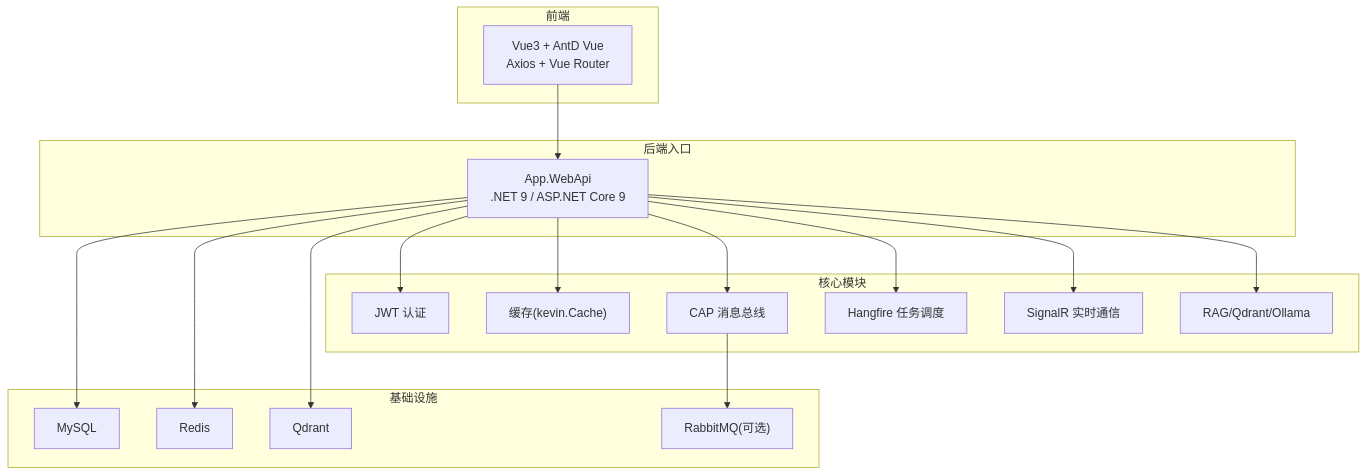
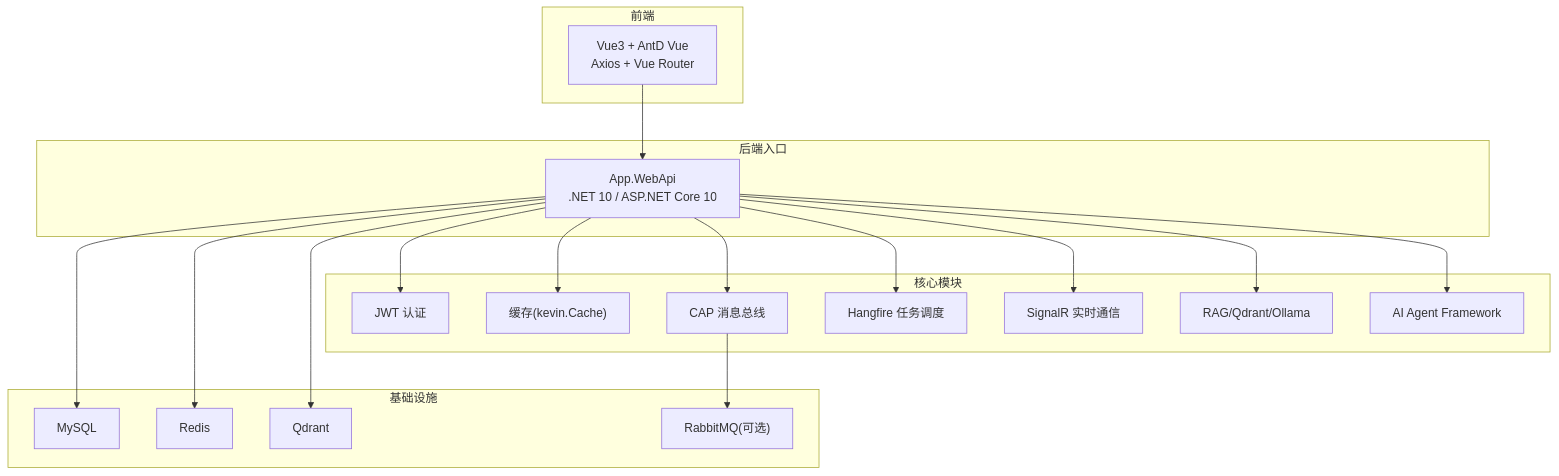
One commit to junkai-li/NetCoreKevin changed the first of 3 diagrams in .qoder/repowiki/zh/content/项目概述/技术栈概览.md. Above: the diagram before and after it, drawn with Mermaid. The commit also changed other lines of this file and 54 other files, not shown here.

````diff
--- a/.qoder/repowiki/zh/content/项目概述/技术栈概览.md
+++ b/.qoder/repowiki/zh/content/项目概述/技术栈概览.md
@@ -35,34 +47,36 @@
 ```mermaid
 graph TB
 subgraph "前端"
 FE["Vue3 + AntD Vue<br/>Axios + Vue Router"]
 end
 subgraph "后端入口"
-API["App.WebApi<br/>.NET 9 / ASP.NET Core 9"]
+API["App.WebApi<br/>.NET 10 / ASP.NET Core 10"]
 end
 subgraph "核心模块"
 AUTH["JWT 认证"]
 CACHE["缓存(kevin.Cache)"]
 MSG["CAP 消息总线"]
 TASK["Hangfire 任务调度"]
 SIG["SignalR 实时通信"]
 RAG["RAG/Qdrant/Ollama"]
+AI["AI Agent Framework"]
 end
 subgraph "基础设施"
 DB["MySQL"]
 REDIS["Redis"]
 QDRANT["Qdrant"]
 RMQ["RabbitMQ(可选)"]
 end
 FE --> API
 API --> AUTH
 API --> CACHE
 API --> MSG
 API --> TASK
 API --> SIG
 API --> RAG
+API --> AI
 API --> DB
 API --> REDIS
 API --> QDRANT
 MSG --> RMQ
 ```
````
